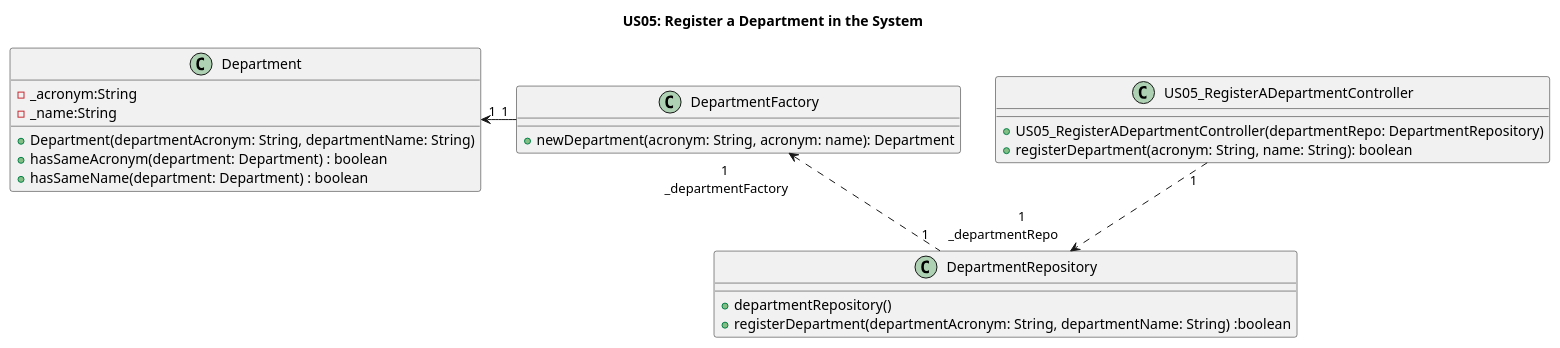
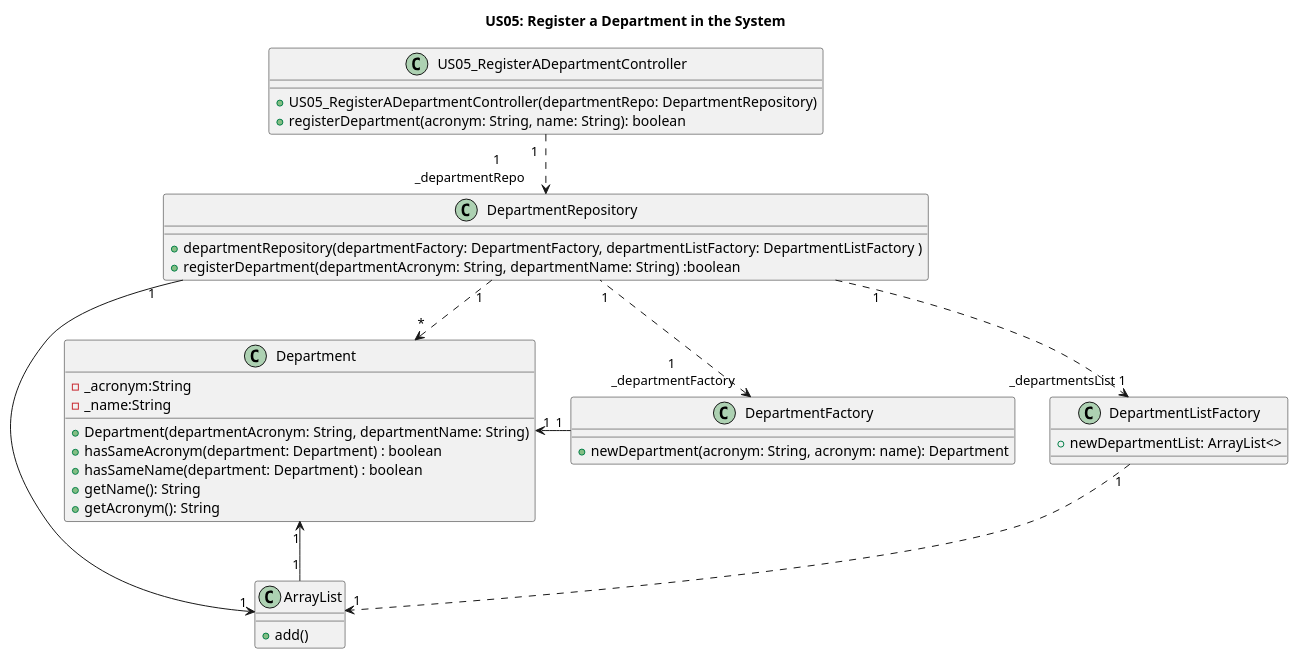
One commit to GasparISEP/DevOps-PAI changed the diagram in docs/US05/US05_DepartmentRegistryClassDiagram.puml. Above: the diagram before and after it, drawn with PlantUML.

Commit message:
Update US05 class diagram: added DepartmentListFactory and corrected navigability and cardinality

```diff
--- a/docs/US05/US05_DepartmentRegistryClassDiagram.puml
+++ b/docs/US05/US05_DepartmentRegistryClassDiagram.puml
@@ -1,30 +1,45 @@
 @startuml
 title US05: Register a Department in the System
-'left to right direction
+'left to right direction'
 
 class US05_RegisterADepartmentController {
     +US05_RegisterADepartmentController(departmentRepo: DepartmentRepository)
     +registerDepartment(acronym: String, name: String): boolean
 }
 
 class Department {
     -_acronym:String
     -_name:String
     +Department(departmentAcronym: String, departmentName: String)
     +hasSameAcronym(department: Department) : boolean
     +hasSameName(department: Department) : boolean
+    +getName(): String
+    +getAcronym(): String
 }
 
 class DepartmentRepository {
-    +departmentRepository()
+    + departmentRepository(departmentFactory: DepartmentFactory, departmentListFactory: DepartmentListFactory )
     +registerDepartment(departmentAcronym: String, departmentName: String) :boolean
 }
 
 class DepartmentFactory {
     +newDepartment(acronym: String, acronym: name): Department
 }
 
-US05_RegisterADepartmentController "1" ..> "       1\n_departmentRepo    " DepartmentRepository
+class DepartmentListFactory {
+    +newDepartmentList: ArrayList<>
+}
+
+class ArrayList {
+    +add()
+}
+
+DepartmentRepository "1" ..> "*" Department
+DepartmentRepository "1" -> "1" ArrayList
+Department "1" <- "1" ArrayList
+DepartmentRepository "1" ..> "_departmentsList 1" DepartmentListFactory
+DepartmentListFactory "1" ..> "1" ArrayList
+US05_RegisterADepartmentController "1  " ..> "            1\n_departmentRepo    " DepartmentRepository
 Department "1" <- "1" DepartmentFactory
 DepartmentFactory "1\n _departmentFactory" <.. "1" DepartmentRepository
 @enduml
```
